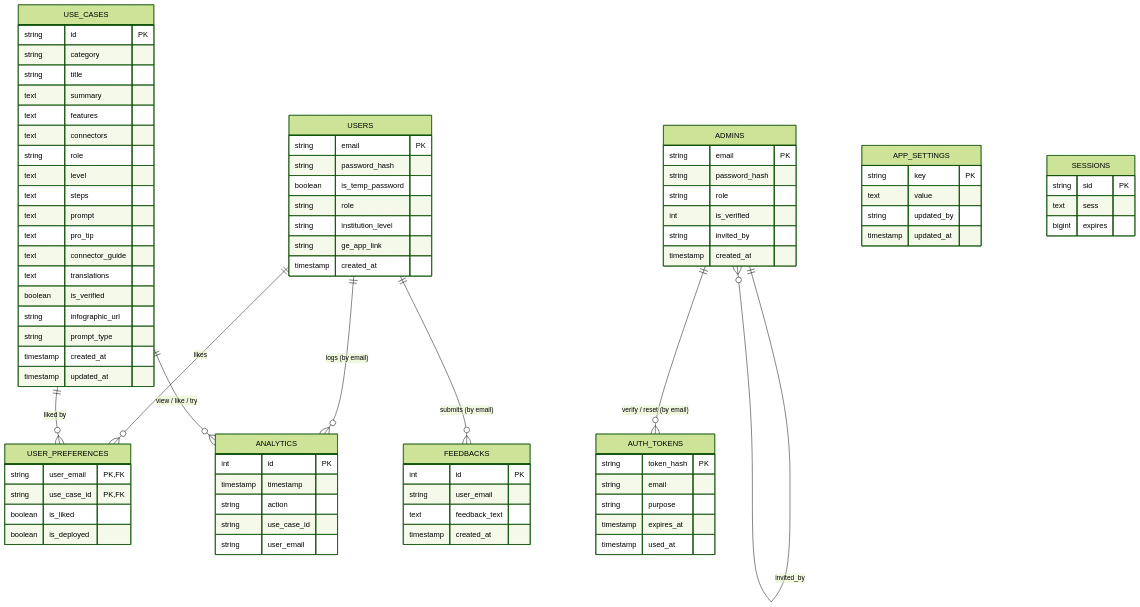
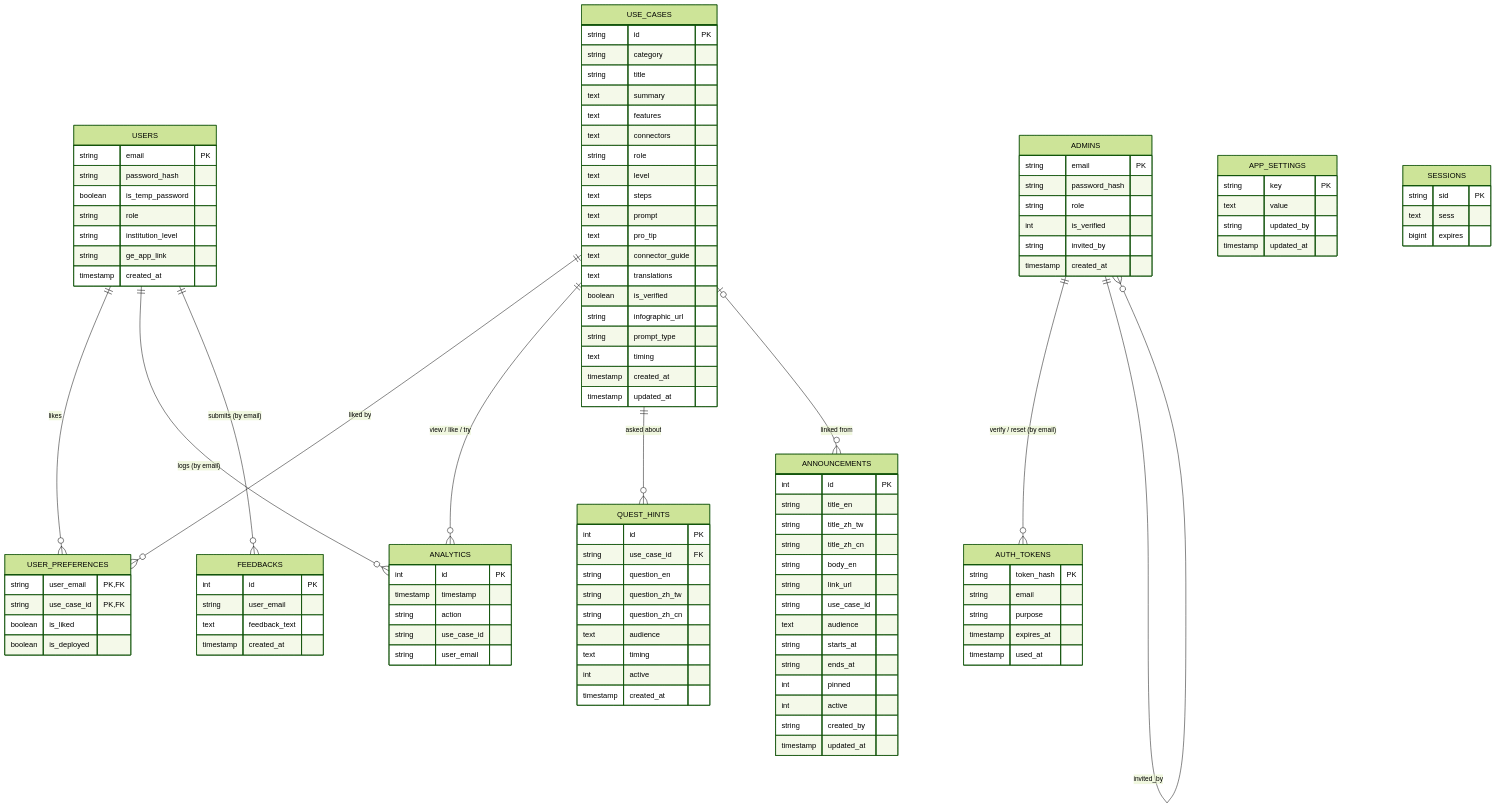
One commit to MrRoyRoy/ge_learning_portal_edu changed the second of 2 diagrams in README.md. Above: the diagram before and after it, drawn with Mermaid (forest theme). The commit also changed other lines of this file and 20 other files, not shown here.

Commit message:
v6 (dev): Quest Run strip, pixel sprites, semester timeline, quest hints, GE news + admin News/Calendar, colourful feature tones

````diff
--- a/README.md
+++ b/README.md
@@ -142,6 +173,7 @@
         boolean is_verified
         string infographic_url
         string prompt_type
+        text timing
         timestamp created_at
         timestamp updated_at
     }
@@ -185,6 +217,33 @@
         string updated_by
         timestamp updated_at
     }
+    QUEST_HINTS {
+        int id PK
+        string use_case_id FK
+        string question_en
+        string question_zh_tw
+        string question_zh_cn
+        text audience
+        text timing
+        int active
+        timestamp created_at
+    }
+    ANNOUNCEMENTS {
+        int id PK
+        string title_en
+        string title_zh_tw
+        string title_zh_cn
+        string body_en
+        string link_url
+        string use_case_id
+        text audience
+        string starts_at
+        string ends_at
+        int pinned
+        int active
+        string created_by
+        timestamp updated_at
+    }
     SESSIONS {
         string sid PK
         text sess
@@ -198,4 +257,6 @@
     USERS ||--o{ FEEDBACKS : "submits (by email)"
     ADMINS ||--o{ AUTH_TOKENS : "verify / reset (by email)"
     ADMINS ||--o{ ADMINS : "invited_by"
+    USE_CASES ||--o{ QUEST_HINTS : "asked about"
+    USE_CASES |o--o{ ANNOUNCEMENTS : "linked from"
 ```
````
